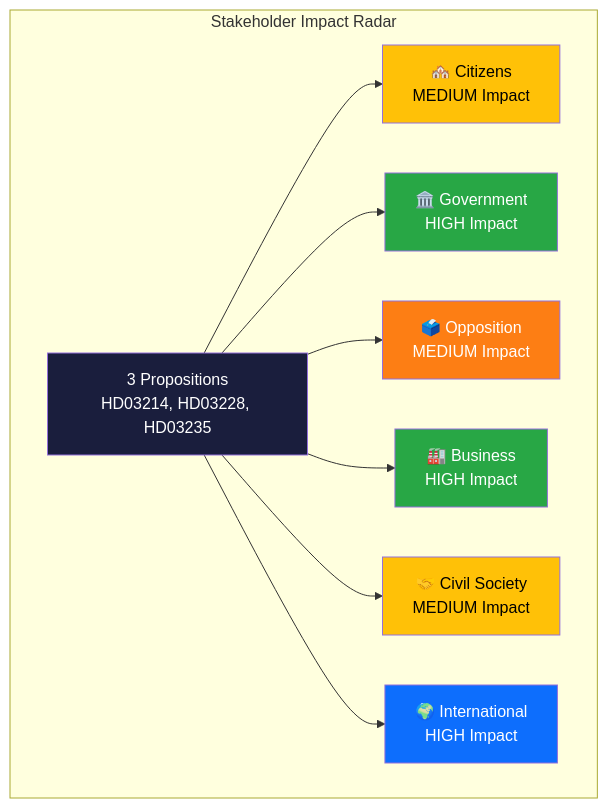
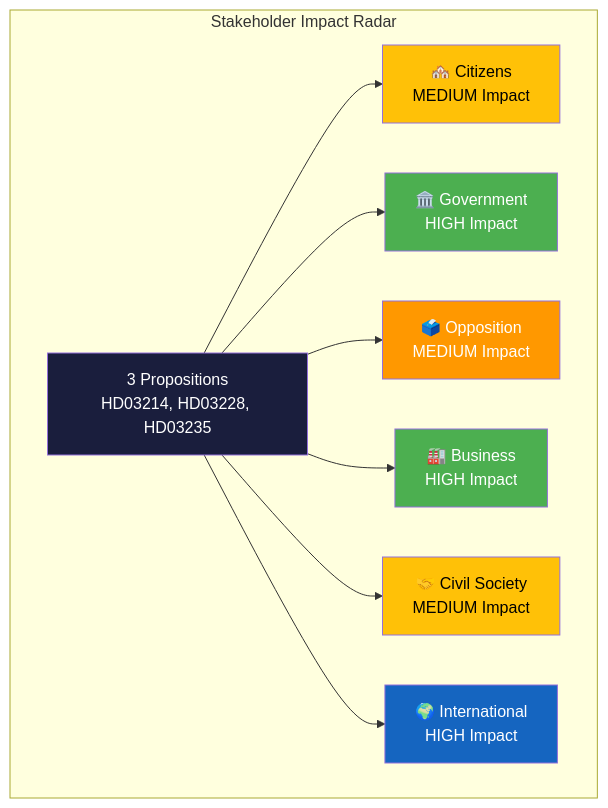
Before and after one commit to Hack23/riksdagsmonitor: the diagram in analysis/daily/2026-04-03/propositions/stakeholder-perspectives.md, drawn with Mermaid. The commit also changed 785 other files, not shown here.

First line of the commit message:
Normalize mermaid colors across 786 analysis artifacts to ISMS Style Guide palette

````diff
--- a/analysis/daily/2026-04-03/propositions/stakeholder-perspectives.md
+++ b/analysis/daily/2026-04-03/propositions/stakeholder-perspectives.md
@@ -16,25 +16,25 @@
 ```mermaid
 graph TD
     subgraph "Stakeholder Impact Radar"
         PROP["3 Propositions<br/>HD03214, HD03228, HD03235"]
         CIT["🏘️ Citizens<br/>MEDIUM Impact"]
         GOV["🏛️ Government<br/>HIGH Impact"]
         OPP["🗳️ Opposition<br/>MEDIUM Impact"]
         BIZ["🏭 Business<br/>HIGH Impact"]
         CIV["🤝 Civil Society<br/>MEDIUM Impact"]
         INT["🌍 International<br/>HIGH Impact"]
     end
     PROP --> CIT
     PROP --> GOV
     PROP --> OPP
     PROP --> BIZ
     PROP --> CIV
     PROP --> INT
-    style PROP fill:#1a1e3d,color:#fff
-    style CIT fill:#ffc107,color:#000
-    style GOV fill:#28a745,color:#fff
-    style OPP fill:#fd7e14,color:#fff
-    style BIZ fill:#28a745,color:#fff
-    style CIV fill:#ffc107,color:#000
-    style INT fill:#0d6efd,color:#fff
+    style PROP fill:#1a1e3d,color:#FFFFFF
+    style CIT fill:#FFC107,color:#000000
+    style GOV fill:#4CAF50,color:#FFFFFF
+    style OPP fill:#FF9800,color:#FFFFFF
+    style BIZ fill:#4CAF50,color:#FFFFFF
+    style CIV fill:#FFC107,color:#000000
+    style INT fill:#1565C0,color:#FFFFFF
 ```
````
